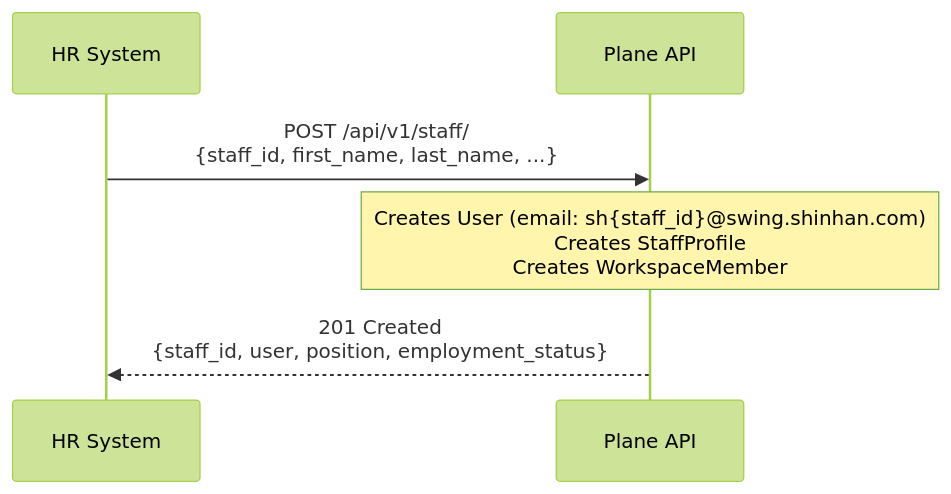
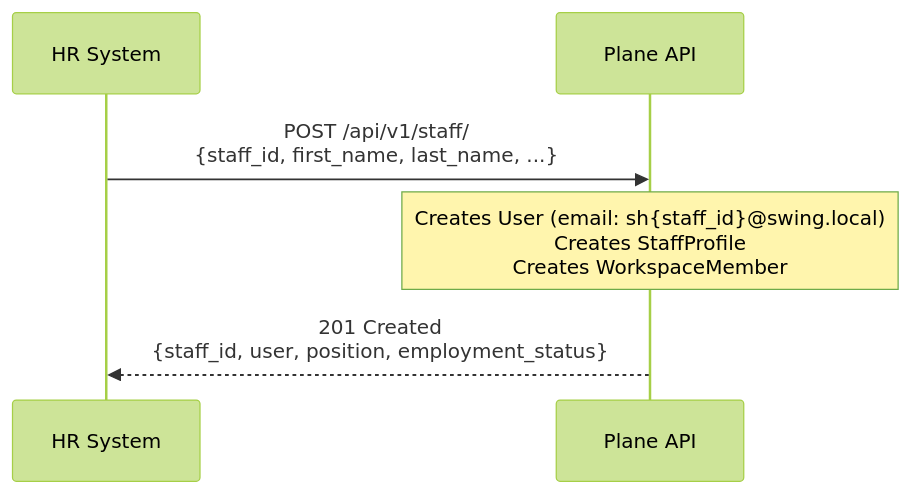
Before and after one commit to benpm/newplane: the first of 5 diagrams in docs/hr-system-integration-spec.md, drawn with Mermaid (forest theme). The commit also changed other lines of this file and 531 other files, not shown here.

````diff
--- a/docs/hr-system-integration-spec.md
+++ b/docs/hr-system-integration-spec.md
@@ -478,9 +478,9 @@
 ```mermaid
 sequenceDiagram
     participant HR as HR System
     participant Plane as Plane API
 
     HR->>Plane: POST /api/v1/staff/<br/>{staff_id, first_name, last_name, ...}
-    Note over Plane: Creates User (email: sh{staff_id}@swing.shinhan.com)<br/>Creates StaffProfile<br/>Creates WorkspaceMember
+    Note over Plane: Creates User (email: sh{staff_id}@swing.local)<br/>Creates StaffProfile<br/>Creates WorkspaceMember
     Plane-->>HR: 201 Created<br/>{staff_id, user, position, employment_status}
 ```
````
